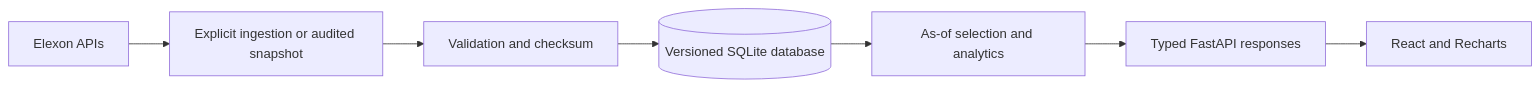
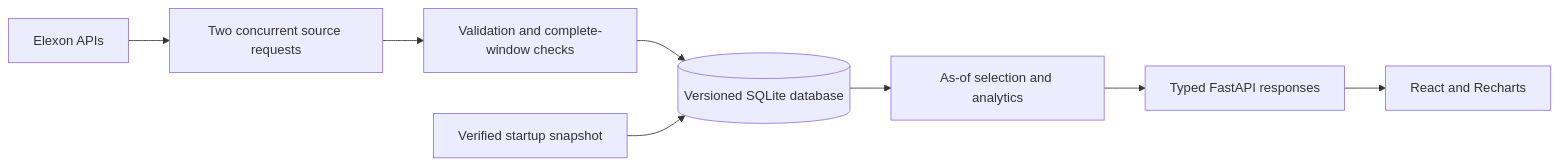
Before and after one commit to adityaapraveen/gdscokbirl: the diagram in README.md, drawn with Mermaid. The commit also changed other lines of this file and 1 other file, not shown here.

Commit message:
docs: explain source refresh and measured API performance

````diff
--- a/README.md
+++ b/README.md
@@ -76,9 +78,10 @@
 ```mermaid
 flowchart LR
-    E[Elexon APIs] --> I[Explicit ingestion or audited snapshot]
-    I --> V[Validation and checksum]
+    E[Elexon APIs] --> I[Two concurrent source requests]
+    I --> V[Validation and complete-window checks]
     V --> D[(Versioned SQLite database)]
+    S[Verified startup snapshot] --> D
     D --> A[As-of selection and analytics]
     A --> F[Typed FastAPI responses]
     F --> R[React and Recharts]
 ```
````
